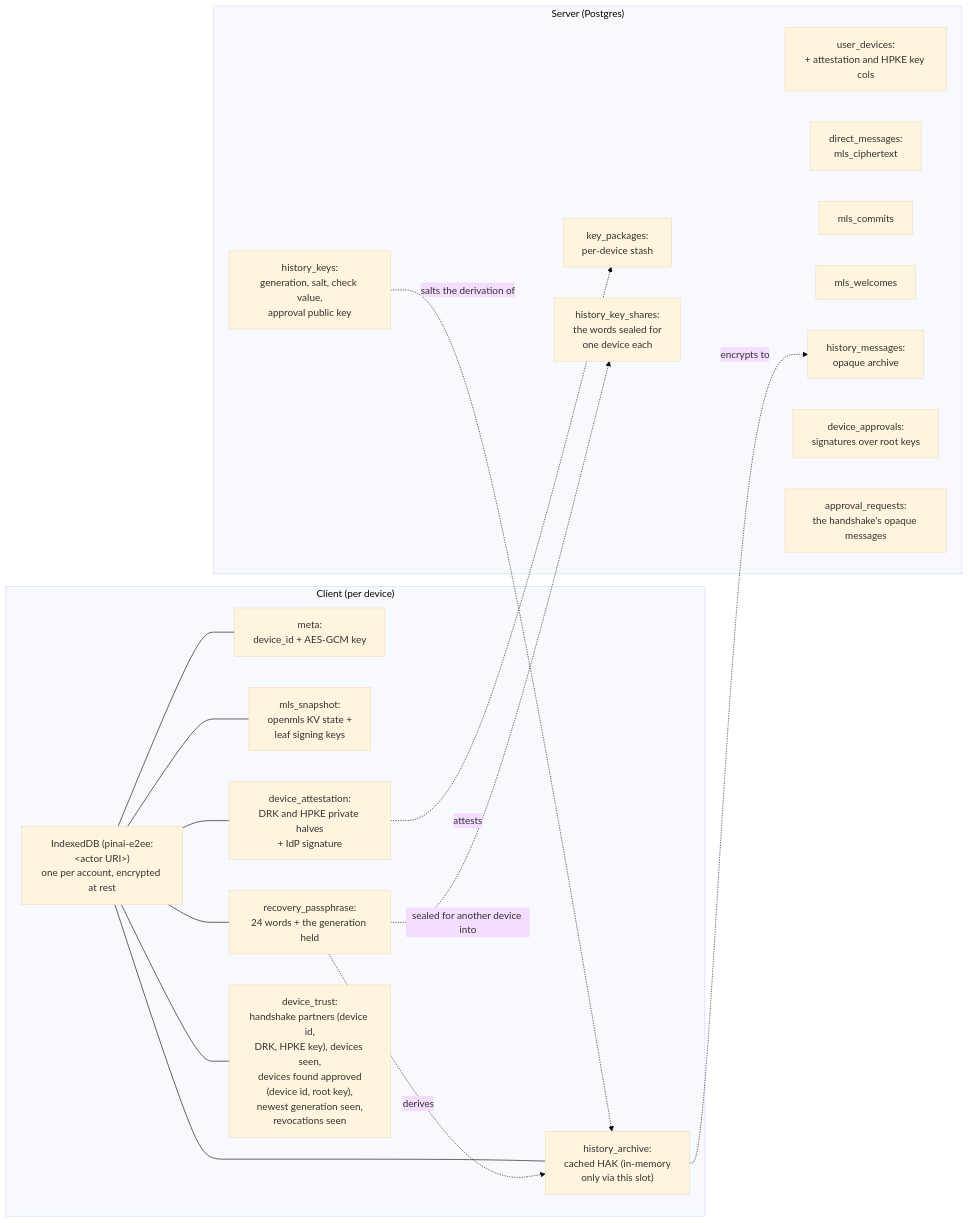
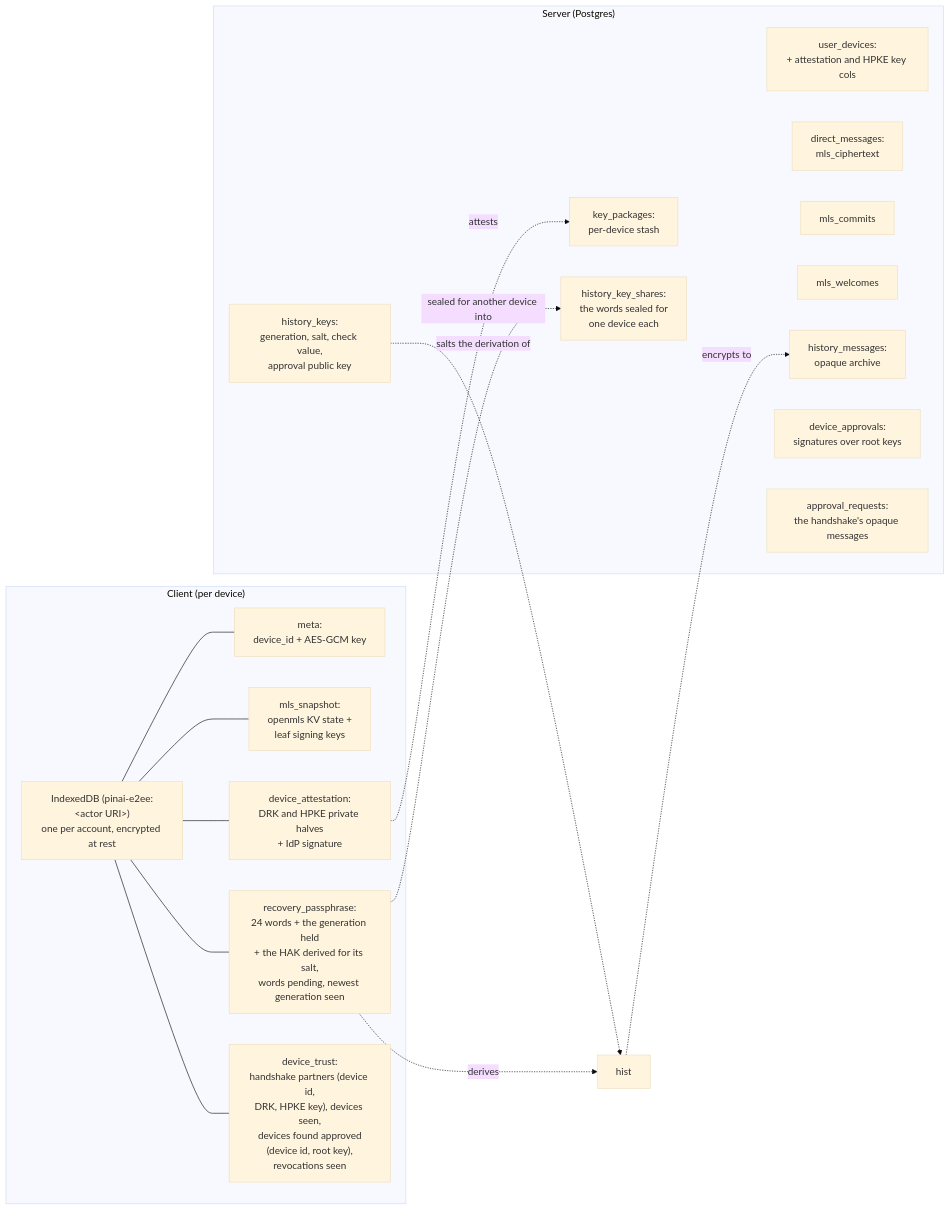
Before and after one commit to Pina-i/pinai: diagram 18 of 18 in identity-provider/specs/e2ee.md, drawn with Mermaid (base theme). The commit also changed other lines of this file, not shown here.

First line of the commit message:
docs(e2ee): no way in without approval, and the pending first words

````diff
--- a/identity-provider/specs/e2ee.md
+++ b/identity-provider/specs/e2ee.md
@@ -1731,29 +1749,28 @@
 ```mermaid
 flowchart LR
     subgraph client ["Client (per device)"]
         IDB["IndexedDB (pinai-e2ee:#lt;actor URI#gt;)<br/>one per account, encrypted at rest"]
         IDB --- meta["meta:<br/>device_id + AES-GCM key"]
         IDB --- ident["mls_snapshot:<br/>openmls KV state +<br/>leaf signing keys"]
         IDB --- att["device_attestation:<br/>DRK and HPKE private halves<br/>+ IdP signature"]
-        IDB --- pass["recovery_passphrase:<br/>24 words + the generation held"]
-        IDB --- trust["device_trust:<br/>handshake partners (device id,<br/>DRK, HPKE key), devices seen,<br/>devices found approved<br/>(device id, root key),<br/>newest generation seen,<br/>revocations seen"]
-        IDB --- hist["history_archive:<br/>cached HAK (in-memory<br/>only via this slot)"]
+        IDB --- pass["recovery_passphrase:<br/>24 words + the generation held<br/>+ the HAK derived for its salt,<br/>words pending, newest generation seen"]
+        IDB --- trust["device_trust:<br/>handshake partners (device id,<br/>DRK, HPKE key), devices seen,<br/>devices found approved<br/>(device id, root key),<br/>revocations seen"]
     end
     subgraph server ["Server (Postgres)"]
         UD["user_devices:<br/>+ attestation and HPKE key cols"]
         KP["key_packages:<br/>per-device stash"]
         DM["direct_messages:<br/>mls_ciphertext"]
         MC["mls_commits"]
         MW["mls_welcomes"]
         HM["history_messages:<br/>opaque archive"]
         HK["history_keys:<br/>generation, salt, check value,<br/>approval public key"]
         DA["device_approvals:<br/>signatures over root keys"]
         AR["approval_requests:<br/>the handshake's opaque messages"]
         KS["history_key_shares:<br/>the words sealed for<br/>one device each"]
     end
     att -.->|attests| KP
     pass -.->|derives| hist
     hist -.->|encrypts to| HM
     HK -.->|salts the derivation of| hist
     pass -.->|sealed for another device into| KS
 ```
````
